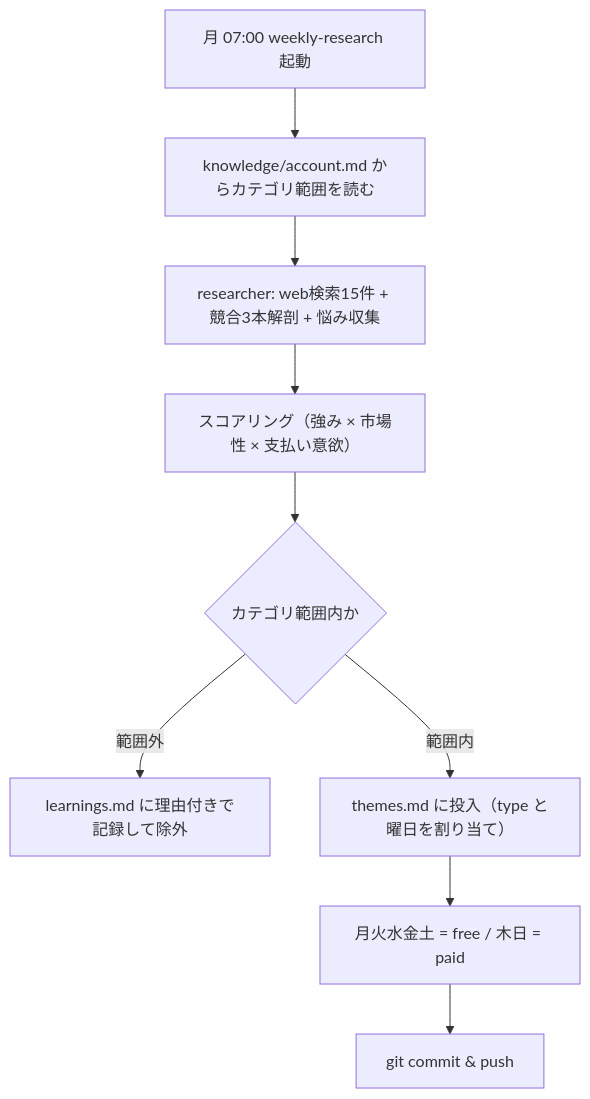
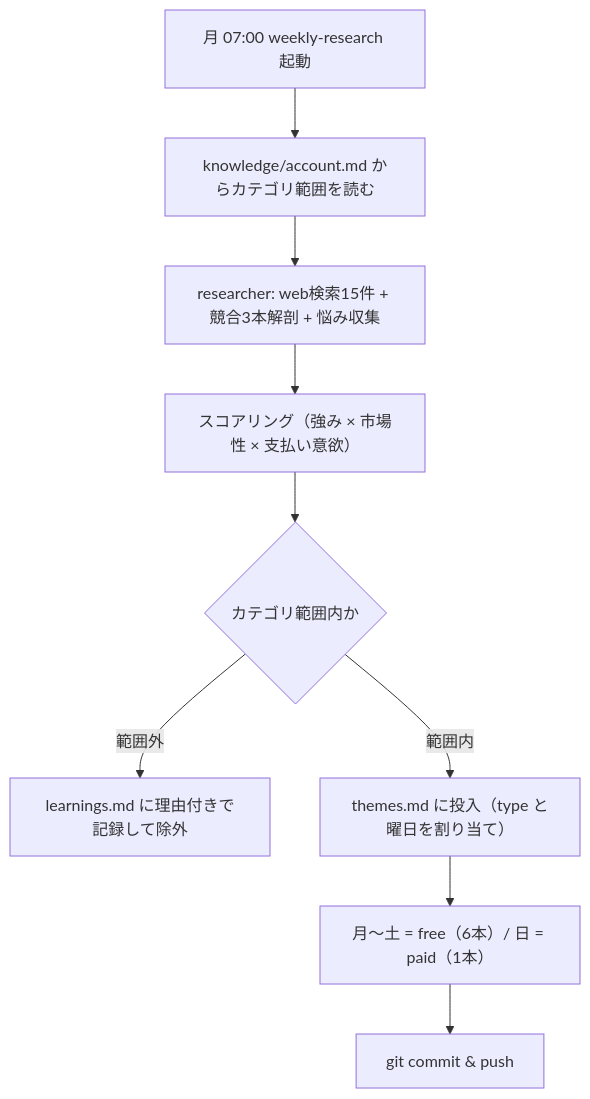
The first of 2 diagrams in ARCHITECTURE.md (kou56250046-cloud/note-automation-app), drawn with Mermaid before and after one commit. The commit also changed other lines of this file and 34 other files, not shown here.

````diff
--- a/ARCHITECTURE.md
+++ b/ARCHITECTURE.md
@@ -351,11 +351,11 @@
 ```mermaid
 flowchart TD
     A["月 07:00 weekly-research 起動"] --> B["knowledge/account.md からカテゴリ範囲を読む"]
     B --> C["researcher: web検索15件 + 競合3本解剖 + 悩み収集"]
     C --> D["スコアリング（強み × 市場性 × 支払い意欲）"]
     D --> E{"カテゴリ範囲内か"}
     E -- "範囲外" --> F["learnings.md に理由付きで記録して除外"]
     E -- "範囲内" --> G["themes.md に投入（type と曜日を割り当て）"]
-    G --> H["月火水金土 = free / 木日 = paid"]
+    G --> H["月〜土 = free（6本）/ 日 = paid（1本）"]
     H --> I["git commit & push"]
 ```
````
